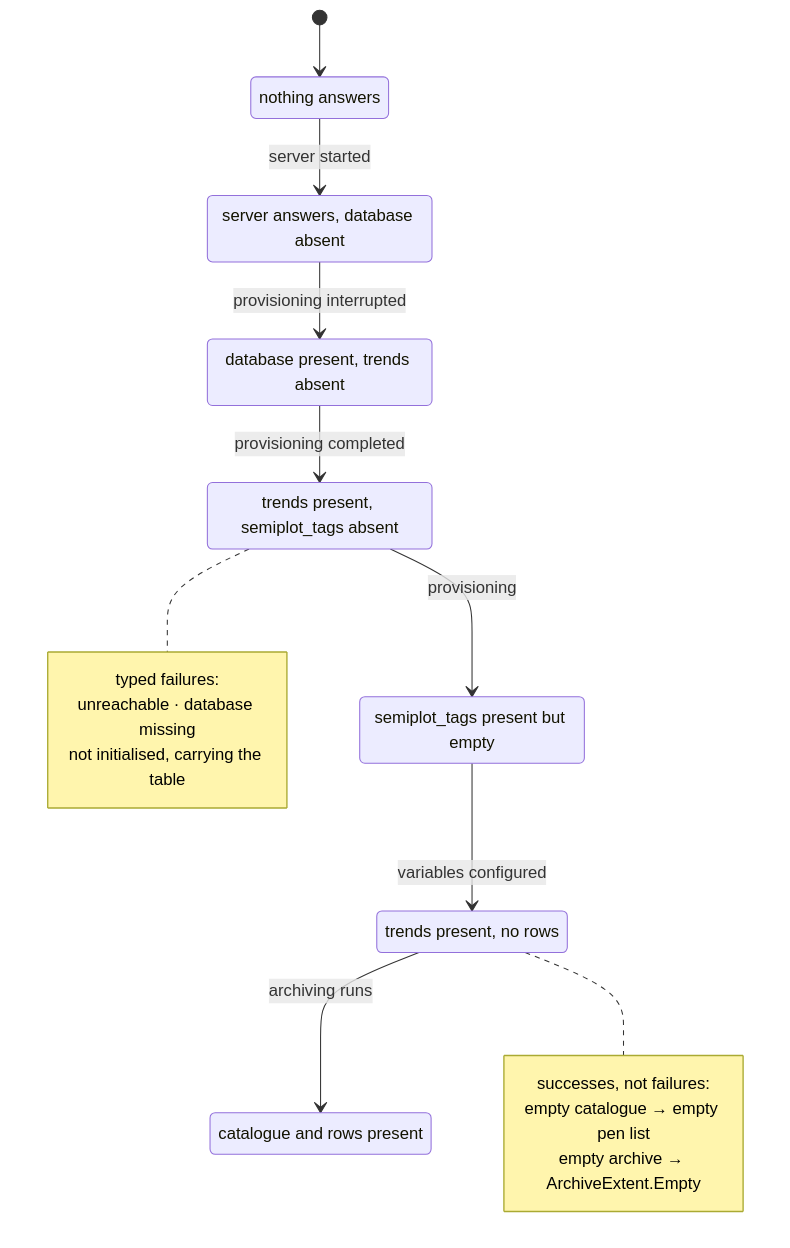
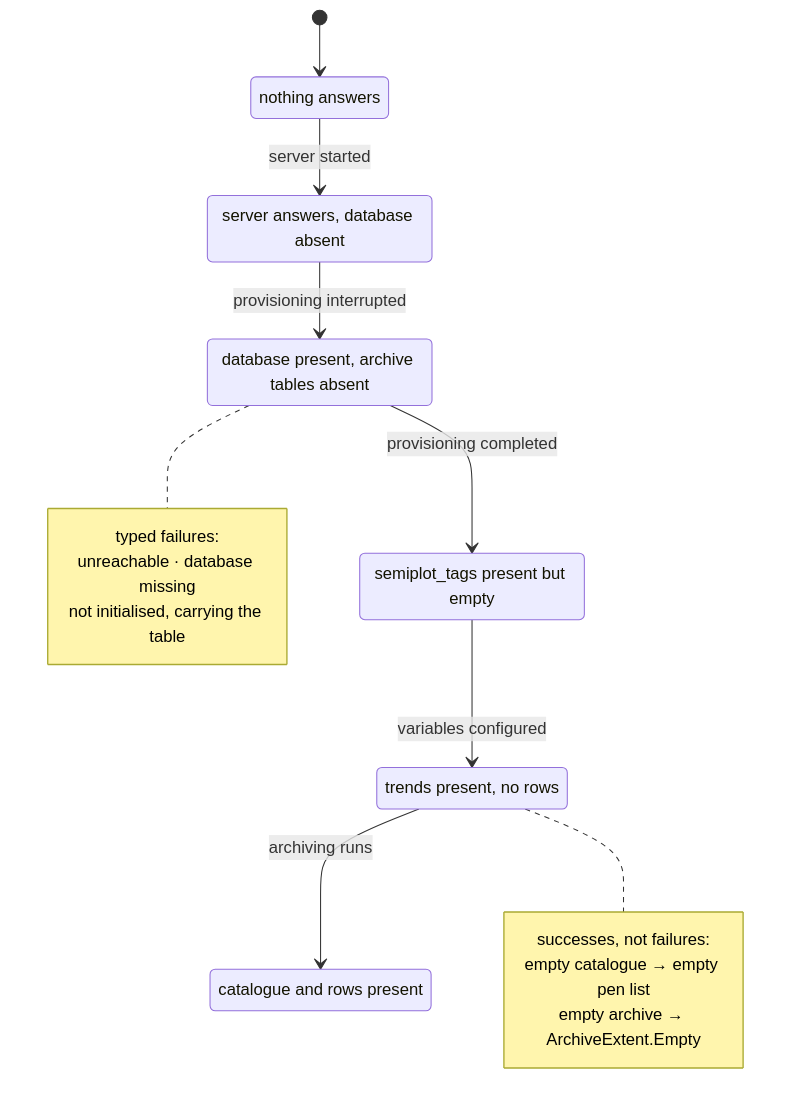
The fourth of 5 diagrams in docs/architecture/postgres-topology.md (Semiteq/SemiPlot), drawn with Mermaid before and after one commit. The commit also changed other lines of this file and 20 other files, not shown here.

````diff
--- a/docs/architecture/postgres-topology.md
+++ b/docs/architecture/postgres-topology.md
@@ -126,31 +127,29 @@
 ```mermaid
 stateDiagram-v2
     direction TB
     [*] --> NoServer
     NoServer: nothing answers
     NoDatabase: server answers, database absent
-    NoTrends: database present, trends absent
-    NoTags: trends present, semiplot_tags absent
+    NoTables: database present, archive tables absent
     EmptyTags: semiplot_tags present but empty
     EmptyArchive: trends present, no rows
     Ready: catalogue and rows present
 
     NoServer --> NoDatabase: server started
-    NoDatabase --> NoTrends: provisioning interrupted
-    NoTrends --> NoTags: provisioning completed
-    NoTags --> EmptyTags: provisioning
+    NoDatabase --> NoTables: provisioning interrupted
+    NoTables --> EmptyTags: provisioning completed
     EmptyTags --> EmptyArchive: variables configured
     EmptyArchive --> Ready: archiving runs
 
-    note right of NoTags
+    note right of NoTables
         typed failures:
         unreachable · database missing
         not initialised, carrying the table
     end note
 
     note right of EmptyArchive
         successes, not failures:
         empty catalogue → empty pen list
         empty archive → ArchiveExtent.Empty
     end note
 ```
````
